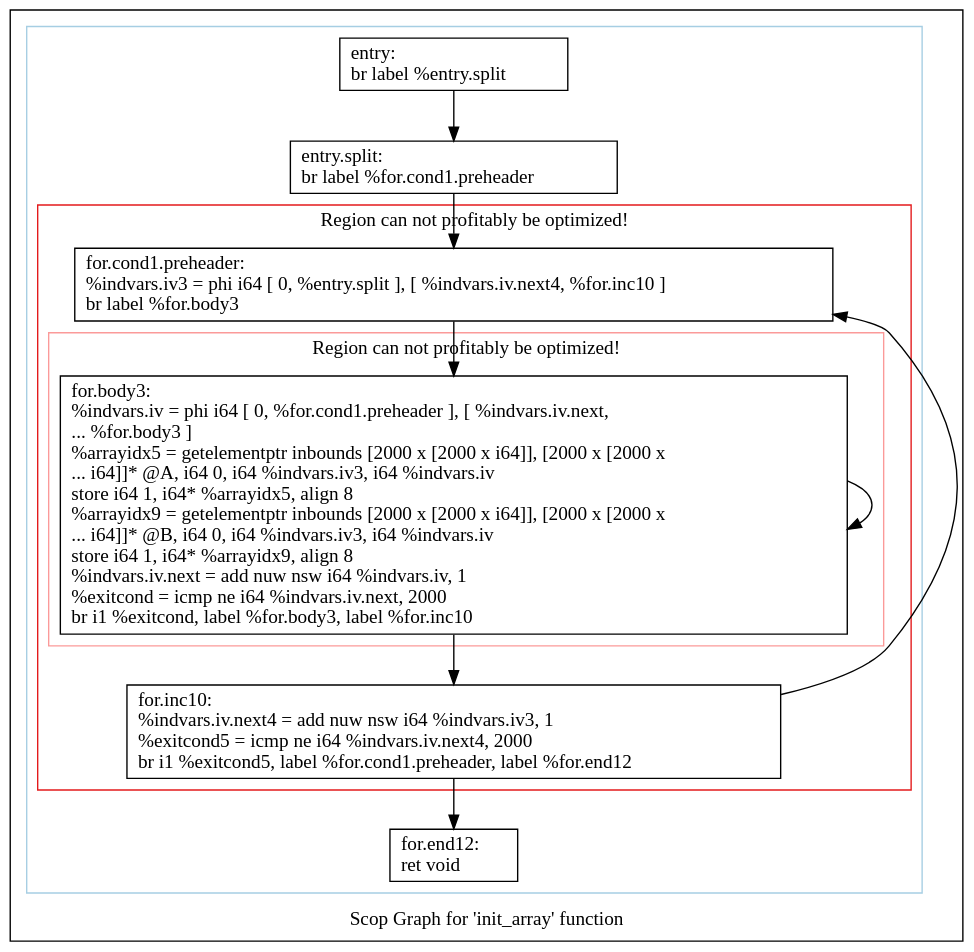
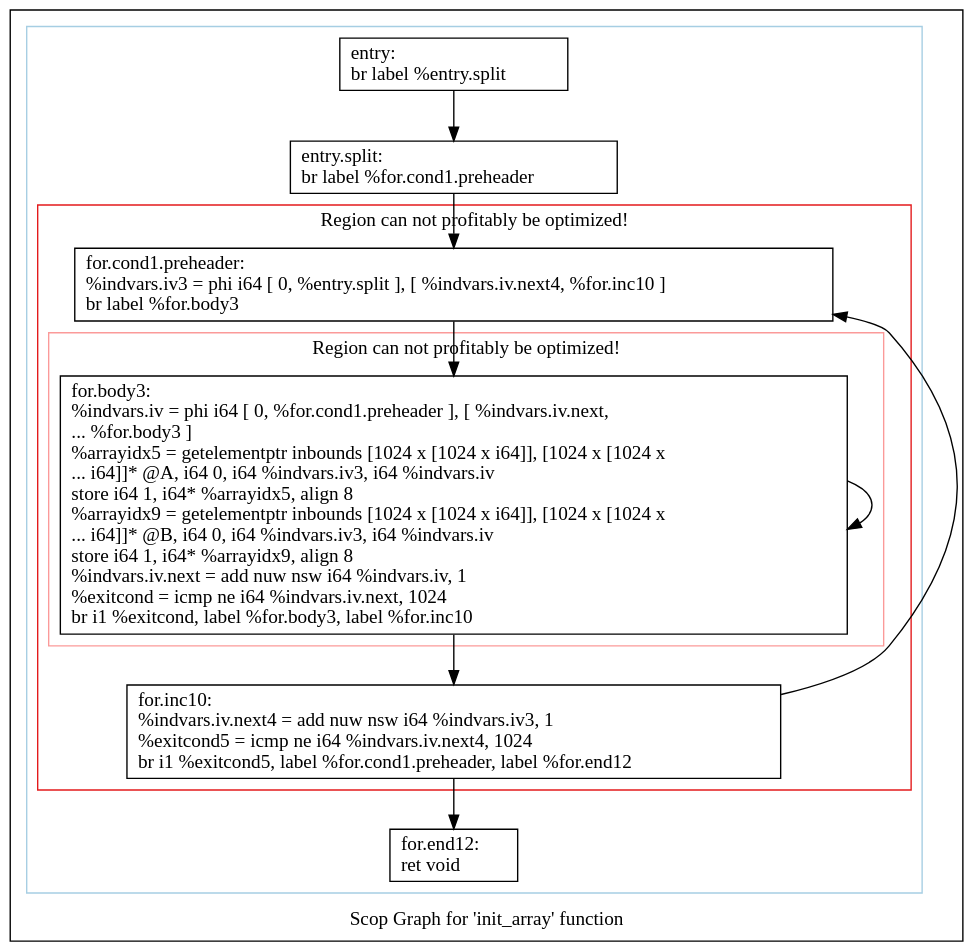
Before and after one commit to samminweng/WhileyOpenCL: the diagram in polly/MatrixMult/impl/handwritten/dot/scops.init_array.dot, drawn with Graphviz. The commit also changed 167 other files, not shown here.

```diff
--- a/polly/MatrixMult/impl/handwritten/dot/scops.init_array.dot
+++ b/polly/MatrixMult/impl/handwritten/dot/scops.init_array.dot
@@ -1,39 +1,39 @@
 digraph "Scop Graph for 'init_array' function" {
 	label="Scop Graph for 'init_array' function";
 
-	Node0x5e08f80 [shape=record,label="{entry:\l  br label %entry.split\l}"];
-	Node0x5e08f80 -> Node0x5e07870;
-	Node0x5e07870 [shape=record,label="{entry.split:                                      \l  br label %for.cond1.preheader\l}"];
-	Node0x5e07870 -> Node0x5e078d0;
-	Node0x5e078d0 [shape=record,label="{for.cond1.preheader:                              \l  %indvars.iv3 = phi i64 [ 0, %entry.split ], [ %indvars.iv.next4, %for.inc10 ]\l  br label %for.body3\l}"];
-	Node0x5e078d0 -> Node0x5e079b0;
-	Node0x5e079b0 [shape=record,label="{for.body3:                                        \l  %indvars.iv = phi i64 [ 0, %for.cond1.preheader ], [ %indvars.iv.next,\l... %for.body3 ]\l  %arrayidx5 = getelementptr inbounds [2000 x [2000 x i64]], [2000 x [2000 x\l... i64]]* @A, i64 0, i64 %indvars.iv3, i64 %indvars.iv\l  store i64 1, i64* %arrayidx5, align 8\l  %arrayidx9 = getelementptr inbounds [2000 x [2000 x i64]], [2000 x [2000 x\l... i64]]* @B, i64 0, i64 %indvars.iv3, i64 %indvars.iv\l  store i64 1, i64* %arrayidx9, align 8\l  %indvars.iv.next = add nuw nsw i64 %indvars.iv, 1\l  %exitcond = icmp ne i64 %indvars.iv.next, 2000\l  br i1 %exitcond, label %for.body3, label %for.inc10\l}"];
-	Node0x5e079b0 -> Node0x5e079b0[constraint=false];
-	Node0x5e079b0 -> Node0x5e09430;
-	Node0x5e09430 [shape=record,label="{for.inc10:                                        \l  %indvars.iv.next4 = add nuw nsw i64 %indvars.iv3, 1\l  %exitcond5 = icmp ne i64 %indvars.iv.next4, 2000\l  br i1 %exitcond5, label %for.cond1.preheader, label %for.end12\l}"];
-	Node0x5e09430 -> Node0x5e078d0[constraint=false];
-	Node0x5e09430 -> Node0x5e09bd0;
-	Node0x5e09bd0 [shape=record,label="{for.end12:                                        \l  ret void\l}"];
+	Node0x631f690 [shape=record,label="{entry:\l  br label %entry.split\l}"];
+	Node0x631f690 -> Node0x631fc20;
+	Node0x631fc20 [shape=record,label="{entry.split:                                      \l  br label %for.cond1.preheader\l}"];
+	Node0x631fc20 -> Node0x631f6b0;
+	Node0x631f6b0 [shape=record,label="{for.cond1.preheader:                              \l  %indvars.iv3 = phi i64 [ 0, %entry.split ], [ %indvars.iv.next4, %for.inc10 ]\l  br label %for.body3\l}"];
+	Node0x631f6b0 -> Node0x631f5f0;
+	Node0x631f5f0 [shape=record,label="{for.body3:                                        \l  %indvars.iv = phi i64 [ 0, %for.cond1.preheader ], [ %indvars.iv.next,\l... %for.body3 ]\l  %arrayidx5 = getelementptr inbounds [1024 x [1024 x i64]], [1024 x [1024 x\l... i64]]* @A, i64 0, i64 %indvars.iv3, i64 %indvars.iv\l  store i64 1, i64* %arrayidx5, align 8\l  %arrayidx9 = getelementptr inbounds [1024 x [1024 x i64]], [1024 x [1024 x\l... i64]]* @B, i64 0, i64 %indvars.iv3, i64 %indvars.iv\l  store i64 1, i64* %arrayidx9, align 8\l  %indvars.iv.next = add nuw nsw i64 %indvars.iv, 1\l  %exitcond = icmp ne i64 %indvars.iv.next, 1024\l  br i1 %exitcond, label %for.body3, label %for.inc10\l}"];
+	Node0x631f5f0 -> Node0x631f5f0[constraint=false];
+	Node0x631f5f0 -> Node0x631f610;
+	Node0x631f610 [shape=record,label="{for.inc10:                                        \l  %indvars.iv.next4 = add nuw nsw i64 %indvars.iv3, 1\l  %exitcond5 = icmp ne i64 %indvars.iv.next4, 1024\l  br i1 %exitcond5, label %for.cond1.preheader, label %for.end12\l}"];
+	Node0x631f610 -> Node0x631f6b0[constraint=false];
+	Node0x631f610 -> Node0x631e130;
+	Node0x631e130 [shape=record,label="{for.end12:                                        \l  ret void\l}"];
 	colorscheme = "paired12"
-        subgraph cluster_0x5dfc680 {
+        subgraph cluster_0x6312e60 {
           label = "";
           style = solid;
           color = 1
-          subgraph cluster_0x5dfc800 {
+          subgraph cluster_0x6312fe0 {
             label = "Region can not profitably be optimized!";
             style = solid;
             color = 6
-            subgraph cluster_0x5dfc980 {
+            subgraph cluster_0x6313160 {
               label = "Region can not profitably be optimized!";
               style = solid;
               color = 5
-              Node0x5e079b0;
+              Node0x631f5f0;
             }
-            Node0x5e078d0;
-            Node0x5e09430;
+            Node0x631f6b0;
+            Node0x631f610;
           }
-          Node0x5e08f80;
-          Node0x5e07870;
-          Node0x5e09bd0;
+          Node0x631f690;
+          Node0x631fc20;
+          Node0x631e130;
         }
 }
```
